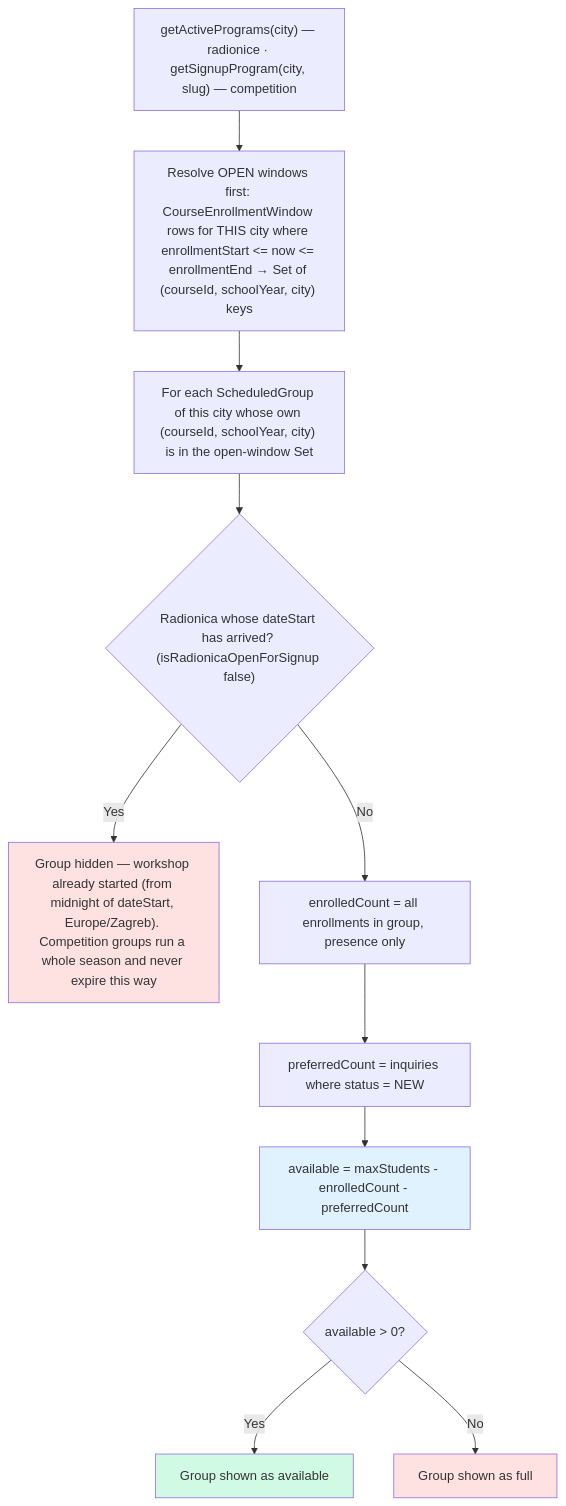
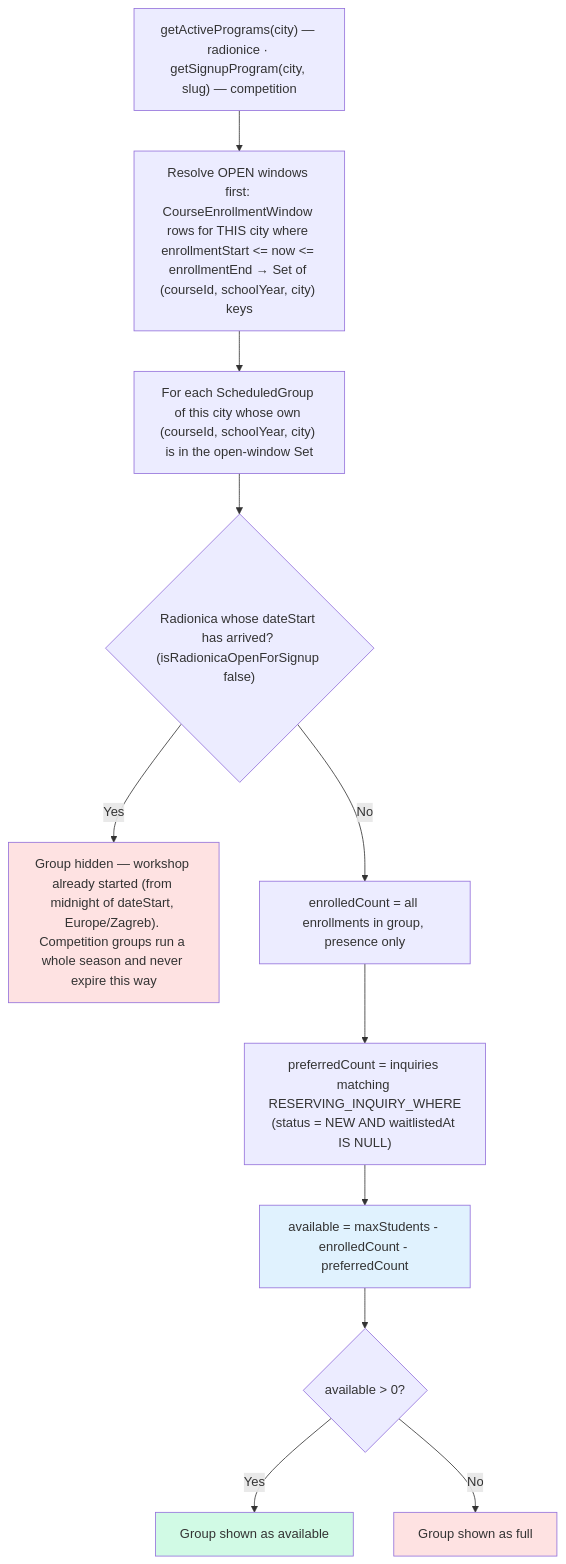
One commit to jpucic00/inovatic changed the third of 17 diagrams in docs/diagrams/enrollment-rules.md. Above: the diagram before and after it, drawn with Mermaid. The commit also changed other lines of this file and 19 other files, not shown here.

````diff
--- a/docs/diagrams/enrollment-rules.md
+++ b/docs/diagrams/enrollment-rules.md
@@ -137,18 +150,18 @@
 ```mermaid
 flowchart TD
     A["getActivePrograms(city) — radionice · getSignupProgram(city, slug) — competition"] --> A2["Resolve OPEN windows first: CourseEnrollmentWindow rows for THIS city where enrollmentStart &lt;= now &lt;= enrollmentEnd → Set of (courseId, schoolYear, city) keys"]
     A2 --> B["For each ScheduledGroup of this city whose own (courseId, schoolYear, city) is in the open-window Set"]
     B --> R0{"Radionica whose dateStart has arrived? (isRadionicaOpenForSignup false)"}
     R0 -->|Yes| HIDE["Group hidden — workshop already started (from midnight of dateStart, Europe/Zagreb). Competition groups run a whole season and never expire this way"]
     R0 -->|No| C[enrolledCount = all enrollments in group, presence only]
-    C --> D[preferredCount = inquiries where status = NEW]
+    C --> D["preferredCount = inquiries matching RESERVING_INQUIRY_WHERE<br/>(status = NEW AND waitlistedAt IS NULL)"]
     D --> E["available = maxStudents - enrolledCount - preferredCount"]
     E --> F{available > 0?}
     F -->|Yes| SHOW[Group shown as available]
     F -->|No| FULL[Group shown as full]
 
     style HIDE fill:#fee2e2
     style SHOW fill:#d1fae5
     style FULL fill:#fee2e2
     style E fill:#e0f2fe
 ```
````
